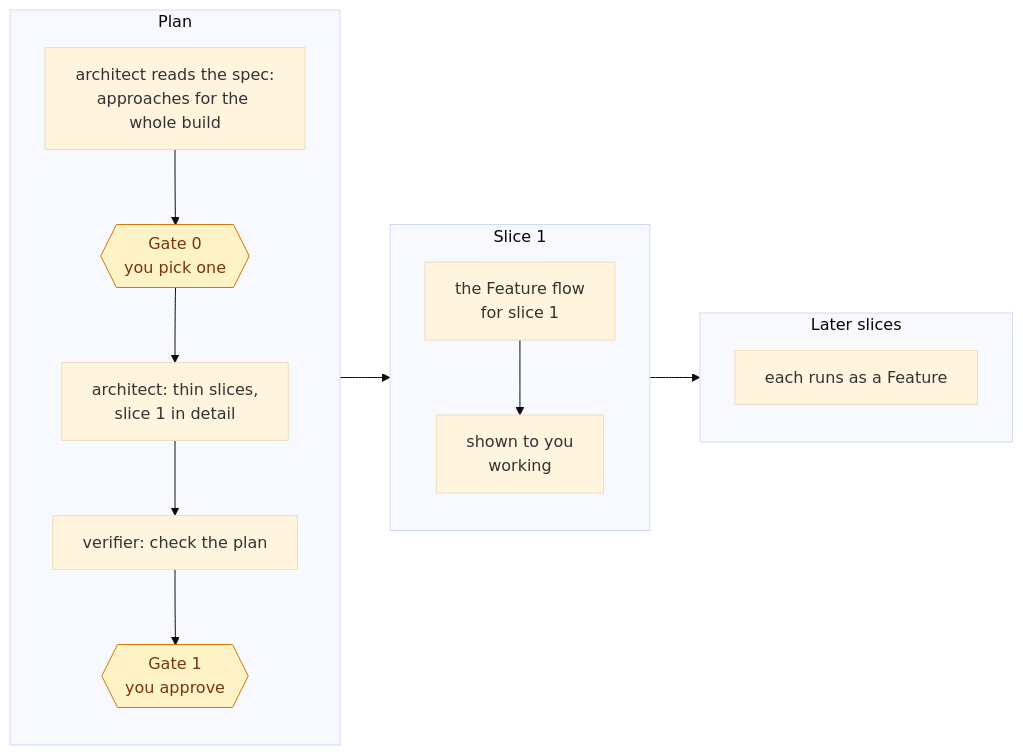
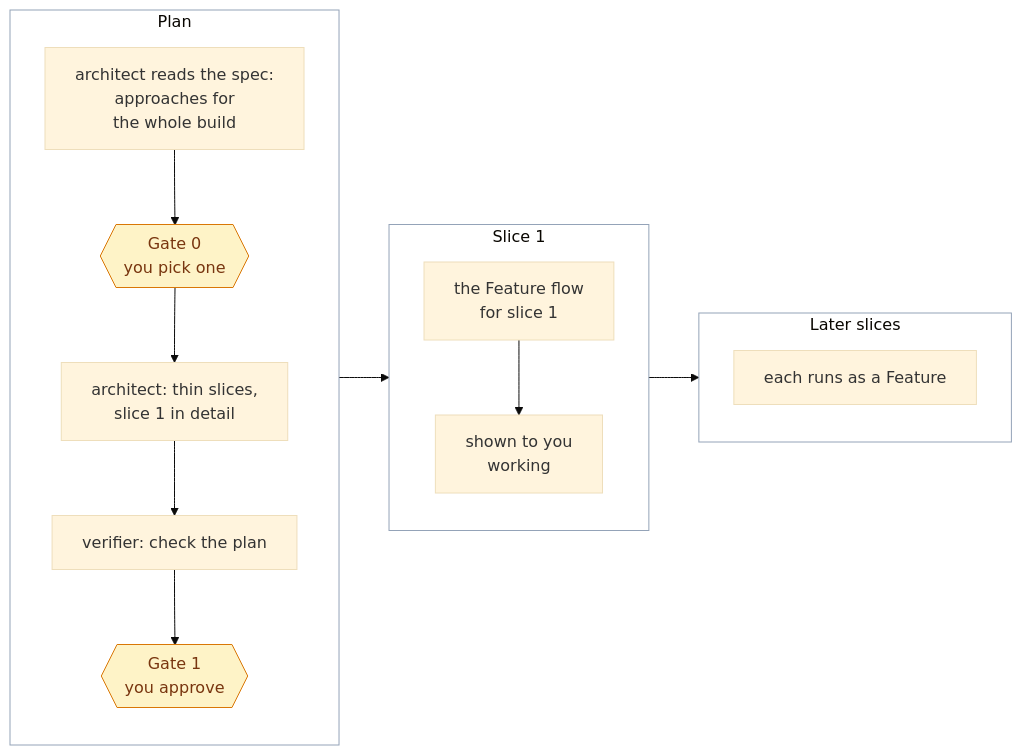
One commit to suryas91/claude-skills changed the fifth of 6 diagrams in docs/flows.md. Above: the diagram before and after it, drawn with Mermaid (base theme). The commit also changed other lines of this file and 19 other files, not shown here.

First line of the commit message:
Docs review round 2: complete undo, accurate history, installer robustness, cleaner diagrams

````diff
--- a/docs/flows.md
+++ b/docs/flows.md
@@ -150,18 +157,21 @@
 ```mermaid
 flowchart LR
     subgraph P [Plan]
         direction TB
-        A1[architect reads the spec:<br/>approaches for the whole build] --> G0{{Gate 0<br/>you pick one}} --> A2[architect: thin slices,<br/>slice 1 in detail] --> V1[verifier: check the plan] --> G1{{Gate 1<br/>you approve}}
+        A1[architect reads the spec:<br/>approaches for<br/>the whole build] --> G0{{Gate 0<br/>you pick one}} --> A2[architect: thin slices,<br/>slice 1 in detail] --> V1[verifier: check the plan] --> G1{{Gate 1<br/>you approve}}
     end
     subgraph B [Slice 1]
         direction TB
         S1[the Feature flow<br/>for slice 1] --> SHOW[shown to you<br/>working]
     end
     subgraph K [Later slices]
         direction TB
         N[each runs as a Feature]
     end
     P --> B --> K
+    style P fill:transparent,stroke:#94a3b8
+    style B fill:transparent,stroke:#94a3b8
+    style K fill:transparent,stroke:#94a3b8
     classDef gate fill:#fef3c7,stroke:#d97706,color:#78350f
     class G0,G1 gate
 ```
````
